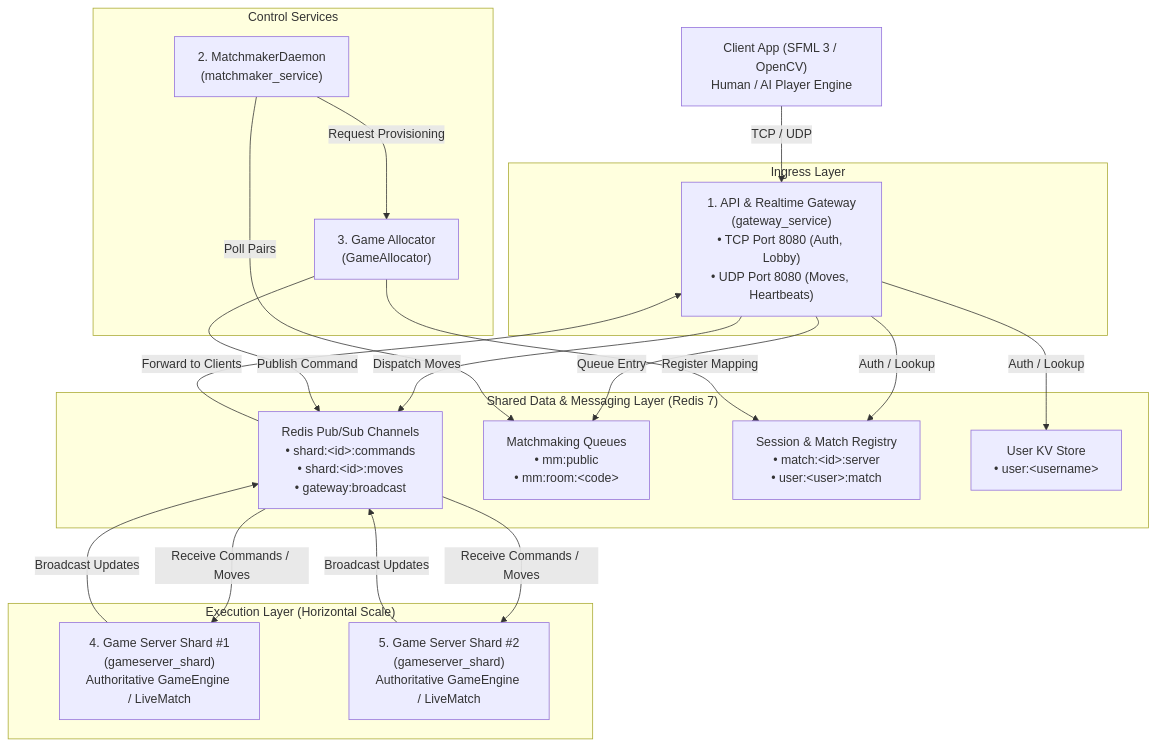
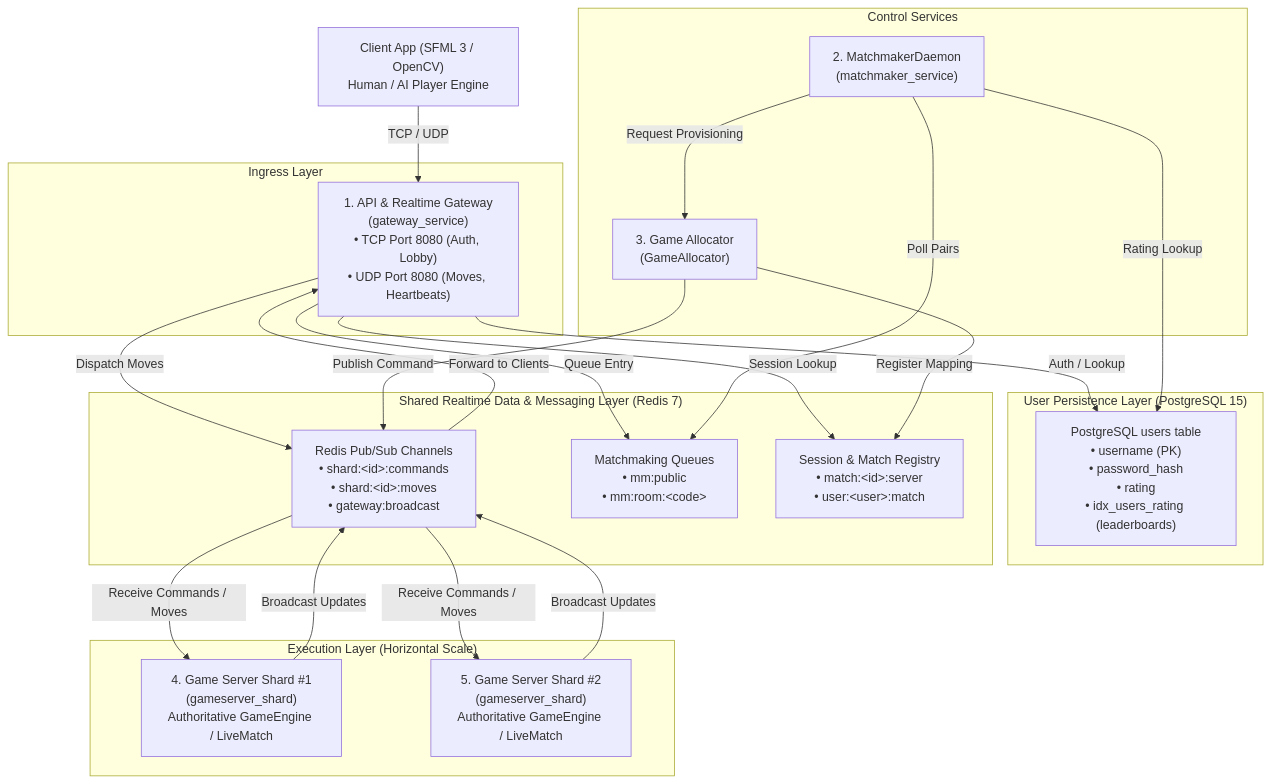
Before and after one commit to Naama00/kung-fu-chess: the first of 2 diagrams in docs/ARCHITECTURE.md, drawn with Mermaid. The commit also changed other lines of this file and 12 other files, not shown here.

First line of the commit message:
feat(persistence): replace RedisUserRepository with PostgreSQL (libpqxx)

````diff
--- a/docs/ARCHITECTURE.md
+++ b/docs/ARCHITECTURE.md
@@ -21,43 +21,47 @@
 ```mermaid
 flowchart TD
     CLIENT["Client App (SFML 3 / OpenCV)<br/>Human / AI Player Engine"]
 
     subgraph INGRESS["Ingress Layer"]
         GW["1. API & Realtime Gateway<br/>(gateway_service)<br/>• TCP Port 8080 (Auth, Lobby)<br/>• UDP Port 8080 (Moves, Heartbeats)"]
     end
 
-    subgraph REDIS["Shared Data & Messaging Layer (Redis 7)"]
+    subgraph POSTGRES_TIER["User Persistence Layer (PostgreSQL 15)"]
+        USER_DB["PostgreSQL users table<br/>• username (PK)<br/>• password_hash<br/>• rating<br/>• idx_users_rating (leaderboards)"]
+    end
+
+    subgraph REDIS["Shared Realtime Data & Messaging Layer (Redis 7)"]
         PUB_SUB["Redis Pub/Sub Channels<br/>• shard:&lt;id&gt;:commands<br/>• shard:&lt;id&gt;:moves<br/>• gateway:broadcast"]
         QUEUE["Matchmaking Queues<br/>• mm:public<br/>• mm:room:&lt;code&gt;"]
         REGISTRY["Session & Match Registry<br/>• match:&lt;id&gt;:server<br/>• user:&lt;user&gt;:match"]
-        USER_DB["User KV Store<br/>• user:&lt;username&gt;"]
     end
 
     subgraph CONTROL["Control Services"]
         MM["2. MatchmakerDaemon<br/>(matchmaker_service)"]
         ALLOC["3. Game Allocator<br/>(GameAllocator)"]
     end
 
     subgraph SHARDS["Execution Layer (Horizontal Scale)"]
         SHARD1["4. Game Server Shard #1<br/>(gameserver_shard)<br/>Authoritative GameEngine / LiveMatch"]
         SHARD2["5. Game Server Shard #2<br/>(gameserver_shard)<br/>Authoritative GameEngine / LiveMatch"]
     end
 
     CLIENT -- "TCP / UDP" --> GW
     GW -- "Auth / Lookup" --> USER_DB
-    GW -- "Auth / Lookup" --> REGISTRY
+    GW -- "Session Lookup" --> REGISTRY
     GW -- "Queue Entry" --> QUEUE
     GW -- "Dispatch Moves" --> PUB_SUB
 
     MM -- "Poll Pairs" --> QUEUE
+    MM -- "Rating Lookup" --> USER_DB
     MM -- "Request Provisioning" --> ALLOC
     ALLOC -- "Register Mapping" --> REGISTRY
     ALLOC -- "Publish Command" --> PUB_SUB
 
     PUB_SUB -- "Receive Commands / Moves" --> SHARD1
     PUB_SUB -- "Receive Commands / Moves" --> SHARD2
 
     SHARD1 -- "Broadcast Updates" --> PUB_SUB
     SHARD2 -- "Broadcast Updates" --> PUB_SUB
     PUB_SUB -- "Forward to Clients" --> GW
 ```
````
